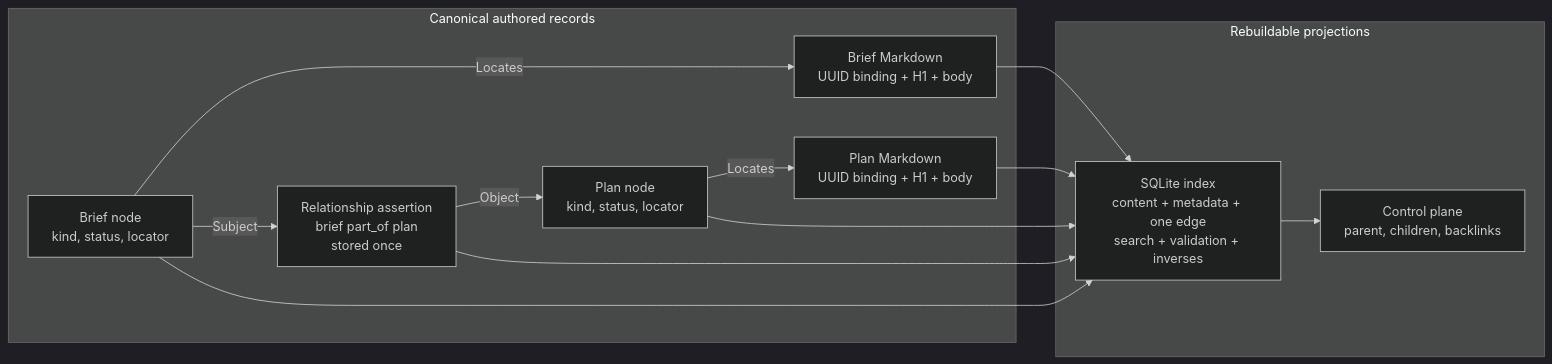
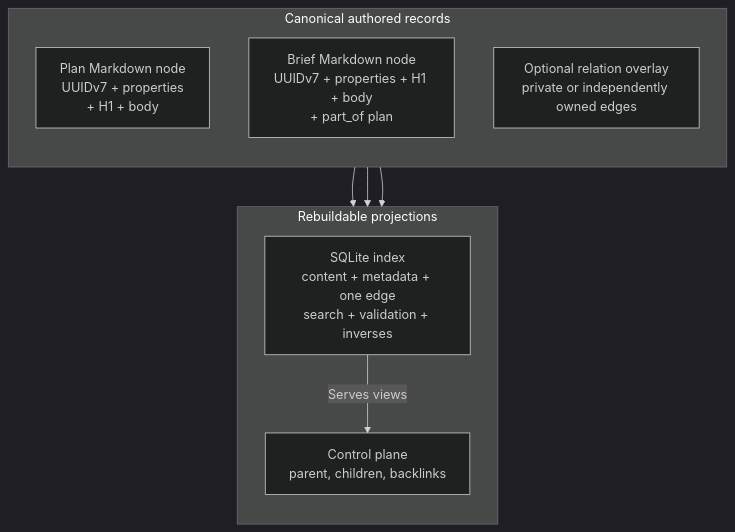
Before and after one commit to owensantoso/AGENT-DOCS: the fourth of 8 diagrams in agent-continuity/ideas/IDEA-0003-federated-document-library-and-relationship-graph.md, drawn with Mermaid (dark theme). The commit also changed other lines of this file and 3 other files, not shown here.

Commit message:
Clarify graph storage and UUIDv7 direction

````diff
--- a/agent-continuity/ideas/IDEA-0003-federated-document-library-and-relationship-graph.md
+++ b/agent-continuity/ideas/IDEA-0003-federated-document-library-and-relationship-graph.md
@@ -224,27 +211,20 @@
 ```mermaid
-flowchart LR
+flowchart TD
     subgraph AUTHORED["Canonical authored records"]
-        PLAN_MD["Plan Markdown<br/>UUID binding + H1 + body"]
-        BRIEF_MD["Brief Markdown<br/>UUID binding + H1 + body"]
-        PLAN_NODE["Plan node<br/>kind, status, locator"]
-        BRIEF_NODE["Brief node<br/>kind, status, locator"]
-        REL["Relationship assertion<br/>brief part_of plan<br/>stored once"]
-
-        PLAN_NODE -->|"Locates"| PLAN_MD
-        BRIEF_NODE -->|"Locates"| BRIEF_MD
-        BRIEF_NODE -->|"Subject"| REL
-        REL -->|"Object"| PLAN_NODE
+        direction TB
+        PLAN_MD["Plan Markdown node<br/>UUIDv7 + properties<br/>+ H1 + body"]
+        BRIEF_MD["Brief Markdown node<br/>UUIDv7 + properties + H1 + body<br/>+ part_of plan"]
+        OVERLAY["Optional relation overlay<br/>private or independently owned edges"]
     end
 
     subgraph DERIVED["Rebuildable projections"]
+        direction TB
         INDEX["SQLite index<br/>content + metadata + one edge<br/>search + validation + inverses"]
         VIEW["Control plane<br/>parent, children, backlinks"]
-        INDEX --> VIEW
+        INDEX -->|"Serves views"| VIEW
     end
 
     PLAN_MD --> INDEX
     BRIEF_MD --> INDEX
-    PLAN_NODE --> INDEX
-    BRIEF_NODE --> INDEX
-    REL --> INDEX
+    OVERLAY --> INDEX
 ```
````
